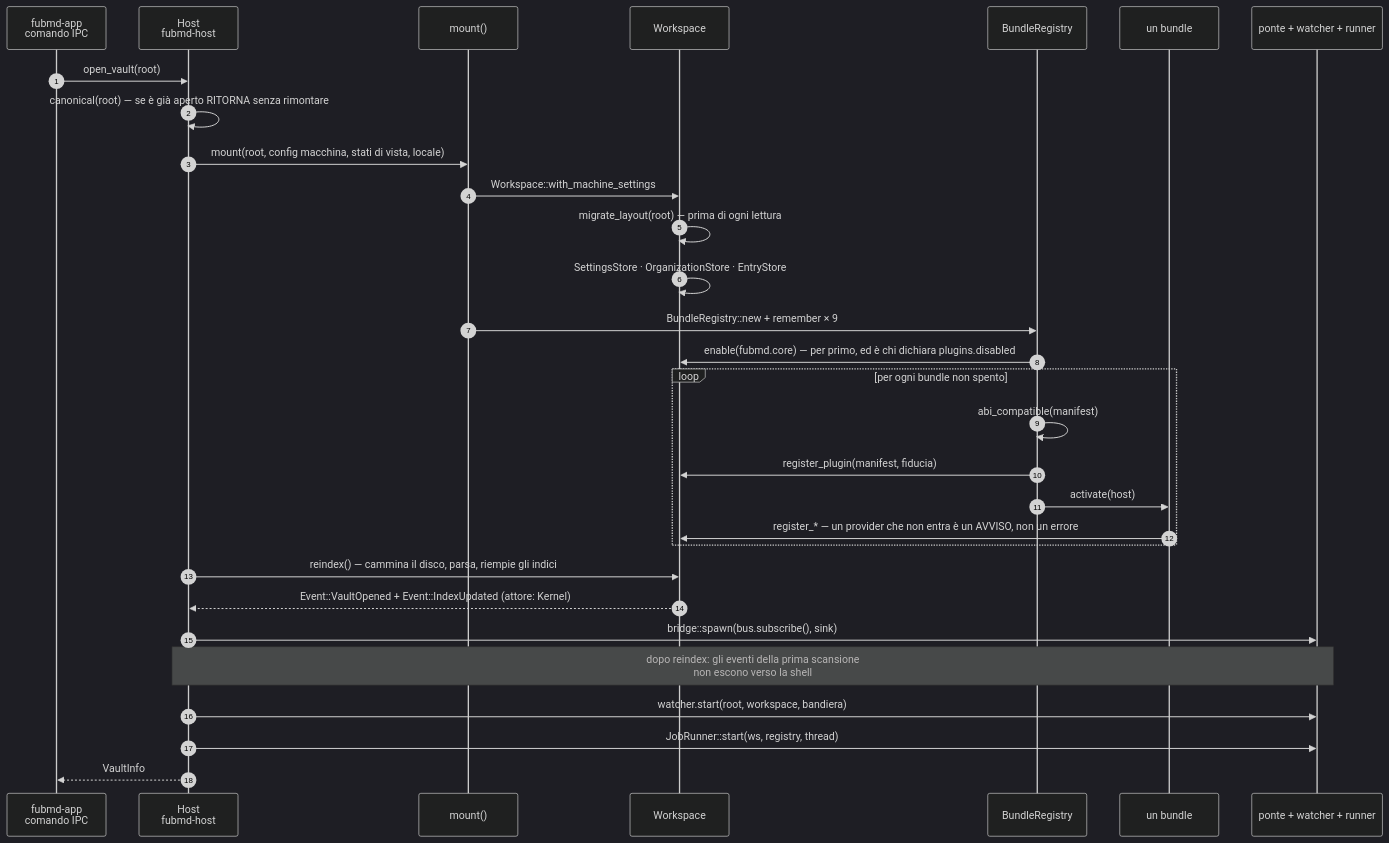
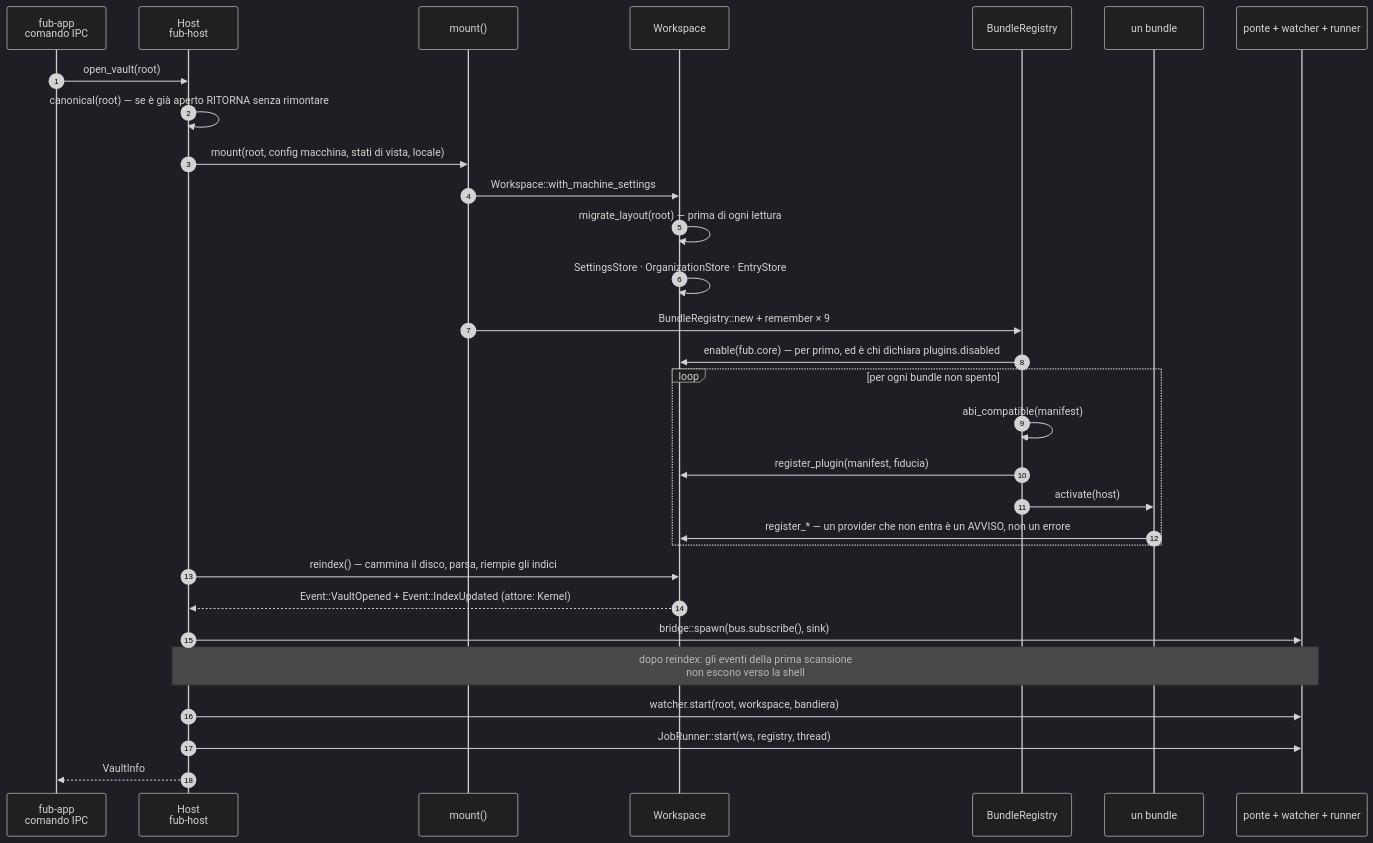
The fourth of 5 diagrams in docs/architecture/plugin-boundary.md (Fubeo/Fub), drawn with Mermaid (dark theme) before and after one commit. The commit also changed other lines of this file and 517 other files, not shown here.

````diff
--- a/docs/architecture/plugin-boundary.md
+++ b/docs/architecture/plugin-boundary.md
@@ -855,33 +855,33 @@
 ```mermaid
 sequenceDiagram
     autonumber
-    participant A as fubmd-app<br/>comando IPC
-    participant H as Host<br/>fubmd-host
+    participant A as fub-app<br/>comando IPC
+    participant H as Host<br/>fub-host
     participant M as mount()
     participant W as Workspace
     participant R as BundleRegistry
     participant Pl as un bundle
     participant Br as ponte + watcher + runner
 
     A->>H: open_vault(root)
     H->>H: canonical(root) — se è già aperto RITORNA senza rimontare
     H->>M: mount(root, config macchina, stati di vista, locale)
     M->>W: Workspace::with_machine_settings
     W->>W: migrate_layout(root) — prima di ogni lettura
     W->>W: SettingsStore · OrganizationStore · EntryStore
     M->>R: BundleRegistry::new + remember × 9
-    R->>W: enable(fubmd.core) — per primo, ed è chi dichiara plugins.disabled
+    R->>W: enable(fub.core) — per primo, ed è chi dichiara plugins.disabled
     loop per ogni bundle non spento
         R->>R: abi_compatible(manifest)
         R->>W: register_plugin(manifest, fiducia)
         R->>Pl: activate(host)
         Pl->>W: register_* — un provider che non entra è un AVVISO, non un errore
     end
     H->>W: reindex() — cammina il disco, parsa, riempie gli indici
     W-->>H: Event::VaultOpened + Event::IndexUpdated (attore: Kernel)
     H->>Br: bridge::spawn(bus.subscribe(), sink)
     Note over H,Br: dopo reindex: gli eventi della prima scansione<br/>non escono verso la shell
     H->>Br: watcher.start(root, workspace, bandiera)
     H->>Br: JobRunner::start(ws, registry, thread)
     H-->>A: VaultInfo
 ```
````
